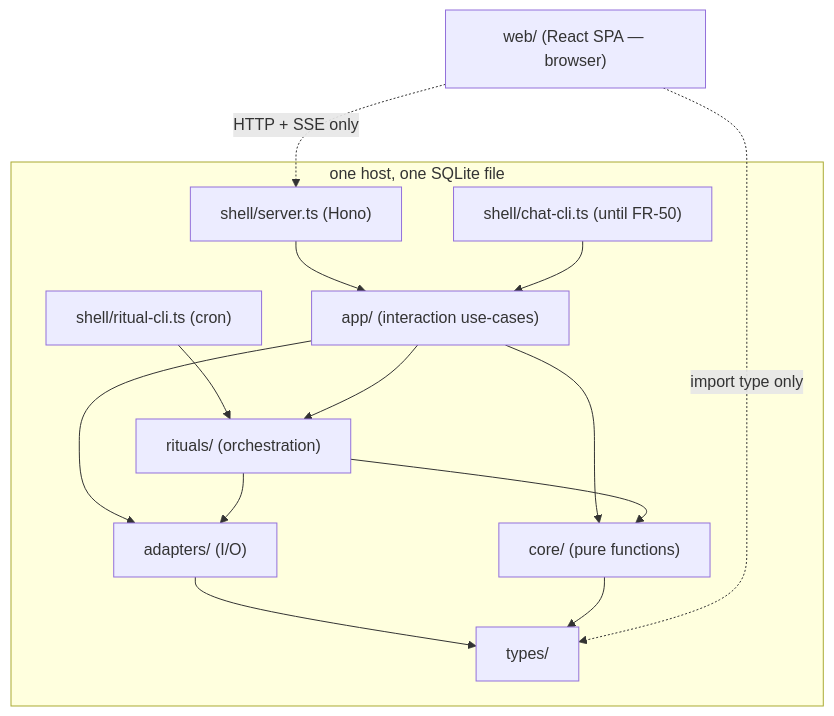
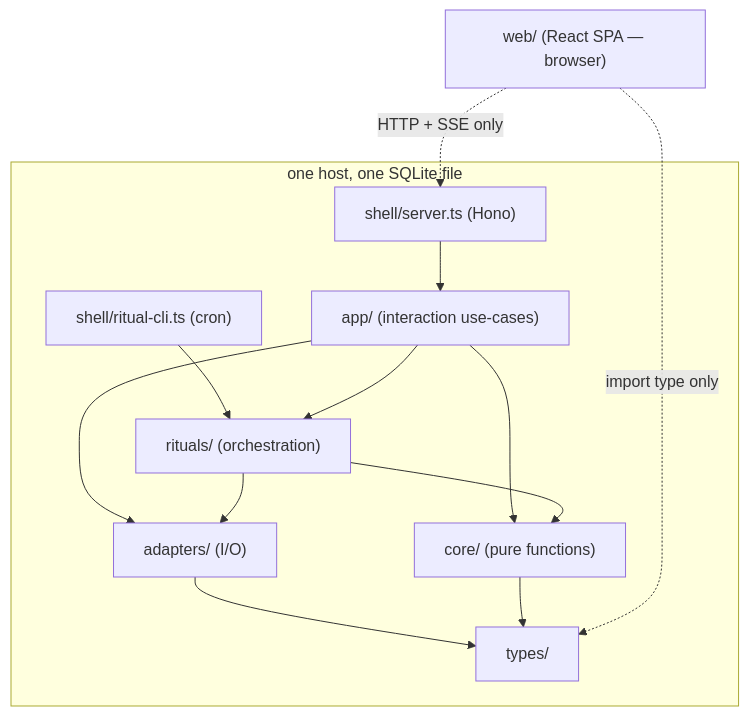
One commit to Speezy88/YohV1 changed the first of 3 diagrams in _bmad-output/planning-artifacts/architecture/architecture-YohV1-2026-08-22/ARCHITECTURE-SPINE.md. Above: the diagram before and after it, drawn with Mermaid. The commit also changed other lines of this file and 1 other file, not shown here.

First line of the commit message:
docs(planning): the architecture spine and sprint status match what is built

````diff
--- a/_bmad-output/planning-artifacts/architecture/architecture-YohV1-2026-08-22/ARCHITECTURE-SPINE.md
+++ b/_bmad-output/planning-artifacts/architecture/architecture-YohV1-2026-08-22/ARCHITECTURE-SPINE.md
@@ -43,17 +43,16 @@
 ```mermaid
 graph TD
     web["web/ (React SPA — browser)"] -. "HTTP + SSE only" .-> server
     subgraph Host["one host, one SQLite file"]
         server["shell/server.ts (Hono)"] --> app["app/ (interaction use-cases)"]
-        chatcli["shell/chat-cli.ts (until FR-50)"] --> app
         ritualcli["shell/ritual-cli.ts (cron)"] --> rituals
         app --> rituals["rituals/ (orchestration)"]
         app --> core["core/ (pure functions)"]
         app --> adapters["adapters/ (I/O)"]
         rituals --> core
         rituals --> adapters
         adapters --> types["types/"]
         core --> types
     end
     web -. "import type only" .-> types
 ```
````
